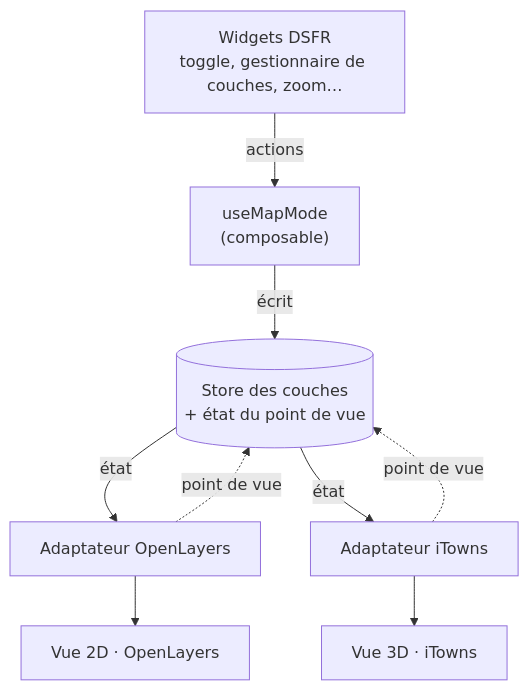
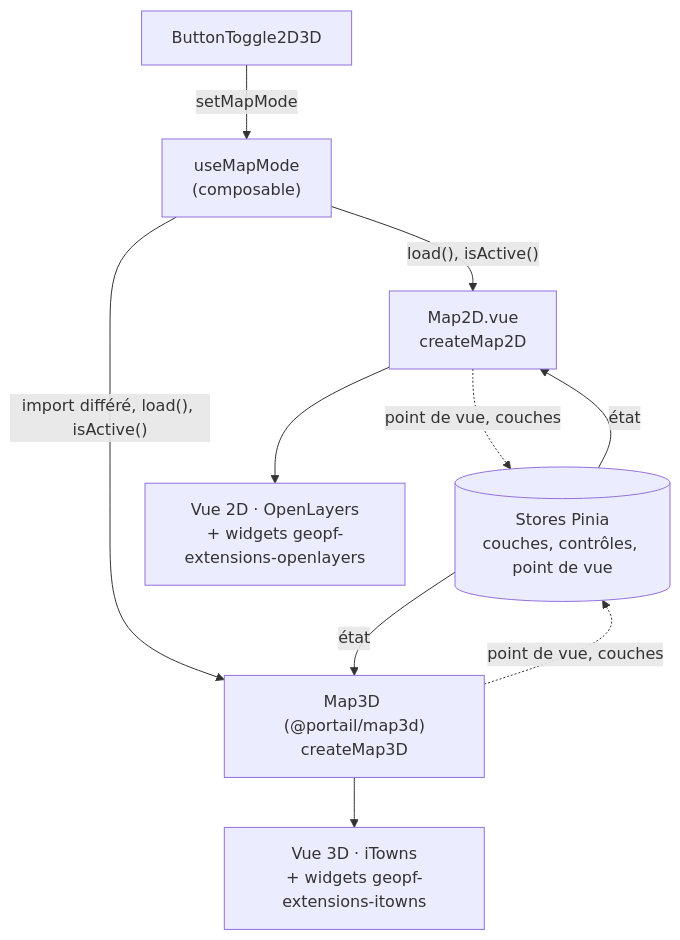
The first of 2 diagrams in Spécification--Intégration-iTowns-dans-cartes.gouv.fr.md (lowzonenose/switch2d3d-vue-experimentation), drawn with Mermaid before and after one commit. The commit also changed other lines of this file and 30 other files, not shown here.

````diff
--- a/Spécification--Intégration-iTowns-dans-cartes.gouv.fr.md
+++ b/Spécification--Intégration-iTowns-dans-cartes.gouv.fr.md
@@ -76,18 +80,19 @@
 ```mermaid
 flowchart TB
-  W["Widgets DSFR<br/>toggle, gestionnaire de couches, zoom…"]
+  W["ButtonToggle2D3D"]
   M["useMapMode<br/>(composable)"]
-  S[("Store des couches<br/>+ état du point de vue")]
-  AOL["Adaptateur OpenLayers"]
-  AIT["Adaptateur iTowns"]
-  V2["Vue 2D · OpenLayers"]
-  V3["Vue 3D · iTowns"]
-  W -->|"actions"| M
-  M -->|"écrit"| S
-  S -->|"état"| AOL
-  S -->|"état"| AIT
-  AOL --> V2
-  AIT --> V3
-  AOL -.->|"point de vue"| S
-  AIT -.->|"point de vue"| S
+  S[("Stores Pinia<br/>couches, contrôles, point de vue")]
+  C2["Map2D.vue<br/>createMap2D"]
+  C3["Map3D (@portail/map3d)<br/>createMap3D"]
+  V2["Vue 2D · OpenLayers<br/>+ widgets geopf-extensions-openlayers"]
+  V3["Vue 3D · iTowns<br/>+ widgets geopf-extensions-itowns"]
+  W -->|"setMapMode"| M
+  M -->|"load(), isActive()"| C2
+  M -->|"import différé, load(), isActive()"| C3
+  S -->|"état"| C2
+  S -->|"état"| C3
+  C2 --> V2
+  C3 --> V3
+  C2 -.->|"point de vue, couches"| S
+  C3 -.->|"point de vue, couches"| S
 ```
````
